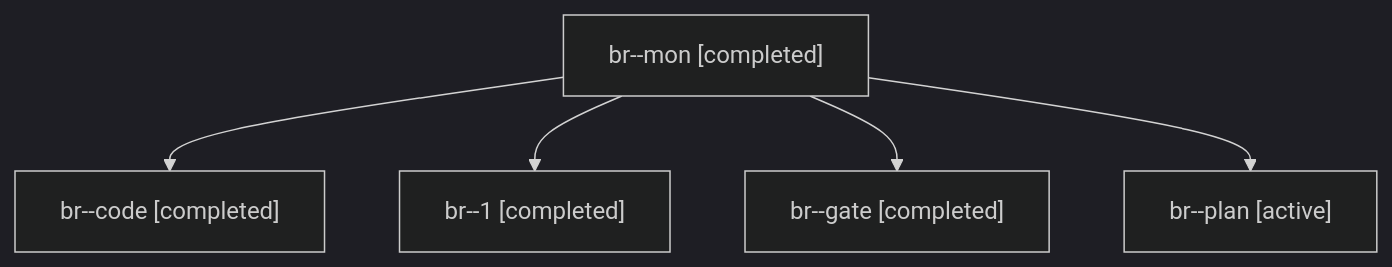
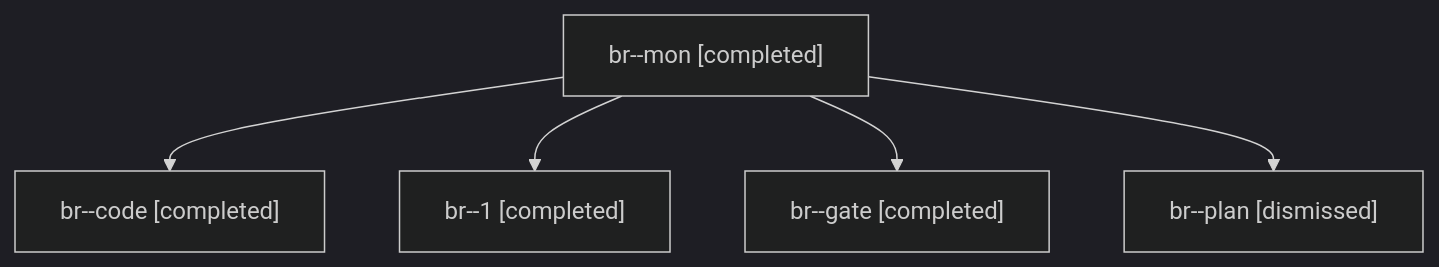
Before and after one commit to bobs-org/bob-cli--agents: the diagram in sessions/bbugyi200.apollo.br.md, drawn with Mermaid (dark theme). The commit also changed other lines of this file and 6 other files, not shown here.

````diff
--- a/sessions/bbugyi200.apollo.br.md
+++ b/sessions/bbugyi200.apollo.br.md
@@ -9,12 +9,12 @@
 ```mermaid
 flowchart TD
   n0["br--mon [completed]"]
   n1["br--code [completed]"]
   n0 --> n1
   n2["br--1 [completed]"]
   n0 --> n2
   n3["br--gate [completed]"]
   n0 --> n3
-  n4["br--plan [active]"]
+  n4["br--plan [dismissed]"]
   n0 --> n4
 ```
````
